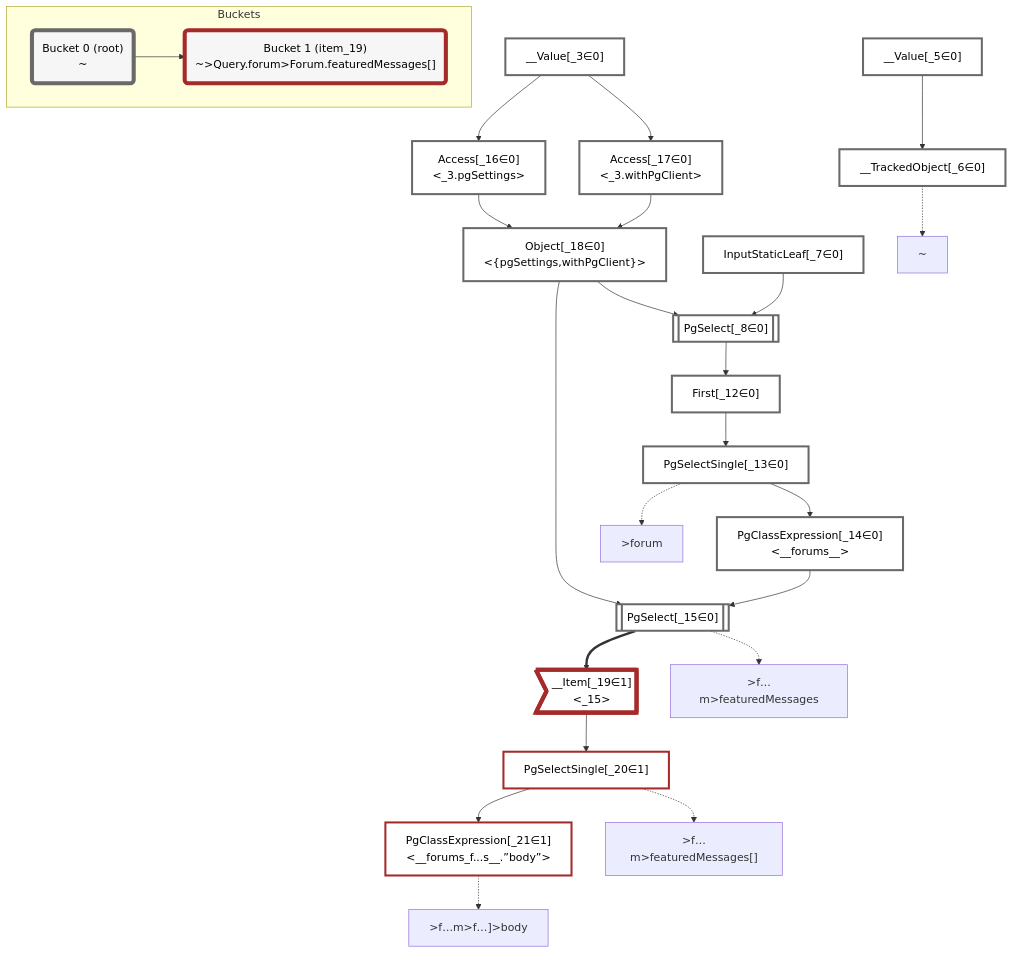
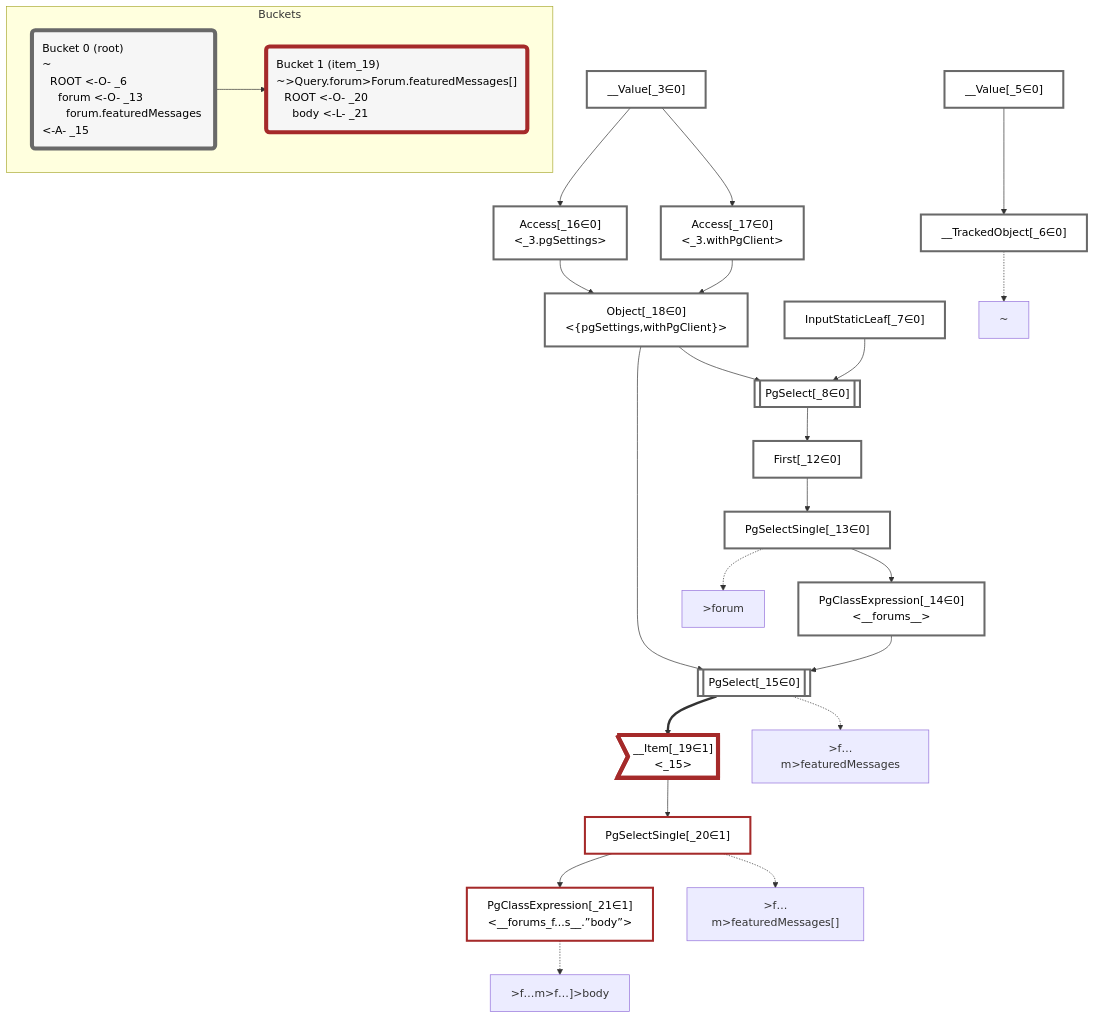
One commit to graphile/crystal changed the diagram in packages/dataplan-pg/__tests__/queries/functions/computed-column-setof-message.deopt.mermaid.md. Above: the diagram before and after it, drawn with Mermaid. The commit also changed 195 other files, not shown here.

````diff
--- a/packages/dataplan-pg/__tests__/queries/functions/computed-column-setof-message.deopt.mermaid.md
+++ b/packages/dataplan-pg/__tests__/queries/functions/computed-column-setof-message.deopt.mermaid.md
@@ -1,69 +1,69 @@
 ```mermaid
 graph TD
     classDef path fill:#eee,stroke:#000,color:#000
     classDef plan fill:#fff,stroke-width:3px,color:#000
     classDef itemplan fill:#fff,stroke-width:6px,color:#000
     classDef sideeffectplan fill:#f00,stroke-width:6px,color:#000
-    classDef bucket fill:#f6f6f6,color:#000,stroke-width:6px
+    classDef bucket fill:#f6f6f6,color:#000,stroke-width:6px,text-align:left
 
 
     %% define plans
     __Value_3["__Value[_3∈0]<br /><context>"]:::plan
     __Value_5["__Value[_5∈0]<br /><rootValue>"]:::plan
     __TrackedObject_6["__TrackedObject[_6∈0]"]:::plan
     InputStaticLeaf_7["InputStaticLeaf[_7∈0]"]:::plan
     PgSelect_8[["PgSelect[_8∈0]<br /><forums>"]]:::plan
     First_12["First[_12∈0]"]:::plan
     PgSelectSingle_13["PgSelectSingle[_13∈0]<br /><forums>"]:::plan
     PgClassExpression_14["PgClassExpression[_14∈0]<br /><__forums__>"]:::plan
     PgSelect_15[["PgSelect[_15∈0]<br /><forums_featured_messages>"]]:::plan
     Access_16["Access[_16∈0]<br /><_3.pgSettings>"]:::plan
     Access_17["Access[_17∈0]<br /><_3.withPgClient>"]:::plan
     Object_18["Object[_18∈0]<br /><{pgSettings,withPgClient}>"]:::plan
     __Item_19>"__Item[_19∈1]<br /><_15>"]:::itemplan
     PgSelectSingle_20["PgSelectSingle[_20∈1]<br /><forums_featured_messages>"]:::plan
     PgClassExpression_21["PgClassExpression[_21∈1]<br /><__forums_f...s__.”body”>"]:::plan
 
     %% plan dependencies
     __Value_5 --> __TrackedObject_6
     Object_18 --> PgSelect_8
     InputStaticLeaf_7 --> PgSelect_8
     PgSelect_8 --> First_12
     First_12 --> PgSelectSingle_13
     PgSelectSingle_13 --> PgClassExpression_14
     Object_18 --> PgSelect_15
     PgClassExpression_14 --> PgSelect_15
     __Value_3 --> Access_16
     __Value_3 --> Access_17
     Access_16 --> Object_18
     Access_17 --> Object_18
     PgSelect_15 ==> __Item_19
     __Item_19 --> PgSelectSingle_20
     PgSelectSingle_20 --> PgClassExpression_21
 
     %% plan-to-path relationships
     P_6["~"]
     __TrackedObject_6 -.-> P_6
     P_13[">forum"]
     PgSelectSingle_13 -.-> P_13
     P_15[">f…m>featuredMessages"]
     PgSelect_15 -.-> P_15
     P_20[">f…m>featuredMessages[]"]
     PgSelectSingle_20 -.-> P_20
     P_21[">f…m>f…]>body"]
     PgClassExpression_21 -.-> P_21
 
     %% allocate buckets
     classDef bucket0 stroke:#696969
     class __Value_3,__Value_5,__TrackedObject_6,InputStaticLeaf_7,PgSelect_8,First_12,PgSelectSingle_13,PgClassExpression_14,PgSelect_15,Access_16,Access_17,Object_18 bucket0
     classDef bucket1 stroke:#a52a2a
     class __Item_19,PgSelectSingle_20,PgClassExpression_21 bucket1
 
     subgraph Buckets
-    Bucket0("Bucket 0 (root)<br />~"):::bucket
+    Bucket0("Bucket 0 (root)<br />~<br />⠀ROOT <-O- _6<br />⠀⠀forum <-O- _13<br />⠀⠀⠀forum.featuredMessages <-A- _15"):::bucket
     style Bucket0 stroke:#696969
-    Bucket1("Bucket 1 (item_19)<br />~>Query.forum>Forum.featuredMessages[]"):::bucket
+    Bucket1("Bucket 1 (item_19)<br />~>Query.forum>Forum.featuredMessages[]<br />⠀ROOT <-O- _20<br />⠀⠀body <-L- _21"):::bucket
     style Bucket1 stroke:#a52a2a
     Bucket0 --> Bucket1
     end
 ```
````
